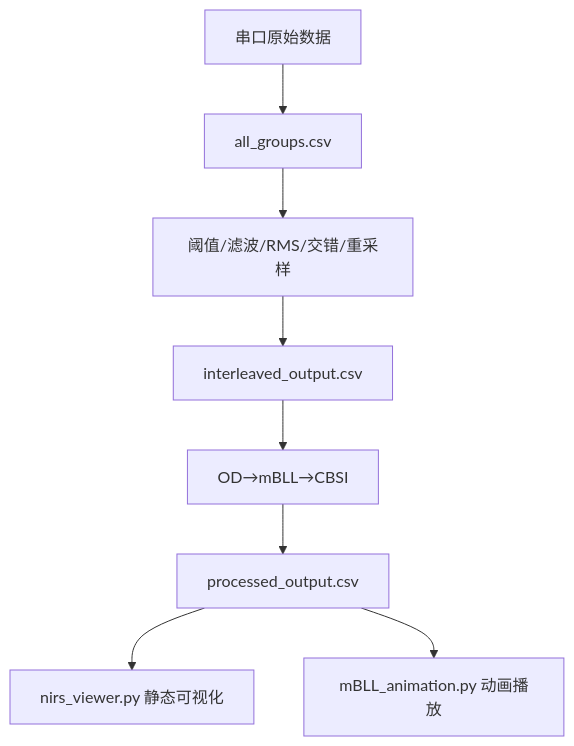
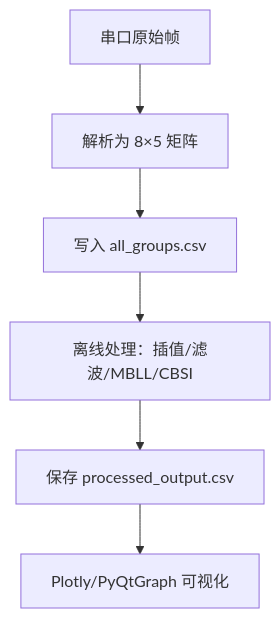
The sixth of 8 diagrams in .qoder/repowiki/zh/content/快速开始.md (zhushizi/fNIRS-main), drawn with Mermaid before and after one commit. The commit also changed other lines of this file and 84 other files, not shown here.

````diff
--- a/.qoder/repowiki/zh/content/快速开始.md
+++ b/.qoder/repowiki/zh/content/快速开始.md
@@ -194,10 +195,8 @@
 ```mermaid
 flowchart TD
-Raw["串口原始数据"] --> CSV1["all_groups.csv"]
-CSV1 --> Pre["阈值/滤波/RMS/交错/重采样"]
-Pre --> CSV2["interleaved_output.csv"]
-CSV2 --> MBLL["OD→mBLL→CBSI"]
-MBLL --> CSV3["processed_output.csv"]
-CSV3 --> Viewer["nirs_viewer.py 静态可视化"]
-CSV3 --> Anim["mBLL_animation.py 动画播放"]
+Raw["串口原始帧"] --> Parse["解析为 8×5 矩阵"]
+Parse --> Log["写入 all_groups.csv"]
+Log --> Proc["离线处理：插值/滤波/MBLL/CBSI"]
+Proc --> Save["保存 processed_output.csv"]
+Save --> Plot["Plotly/PyQtGraph 可视化"]
 ```
````
